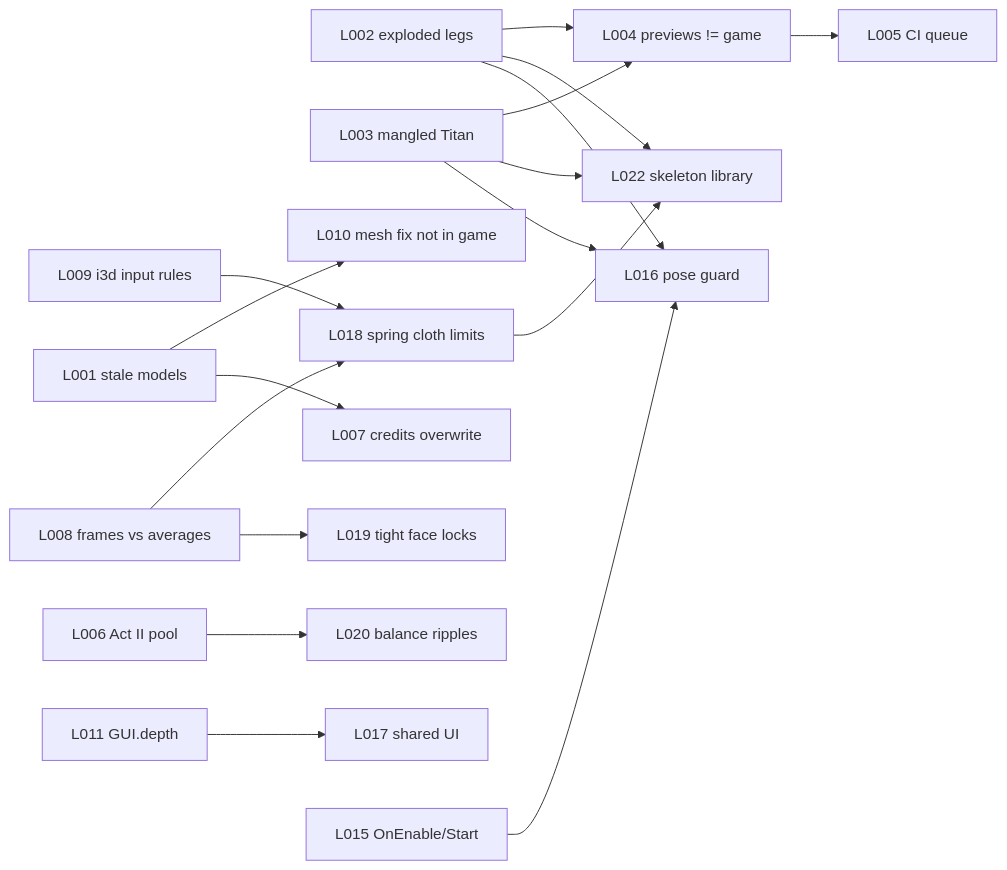
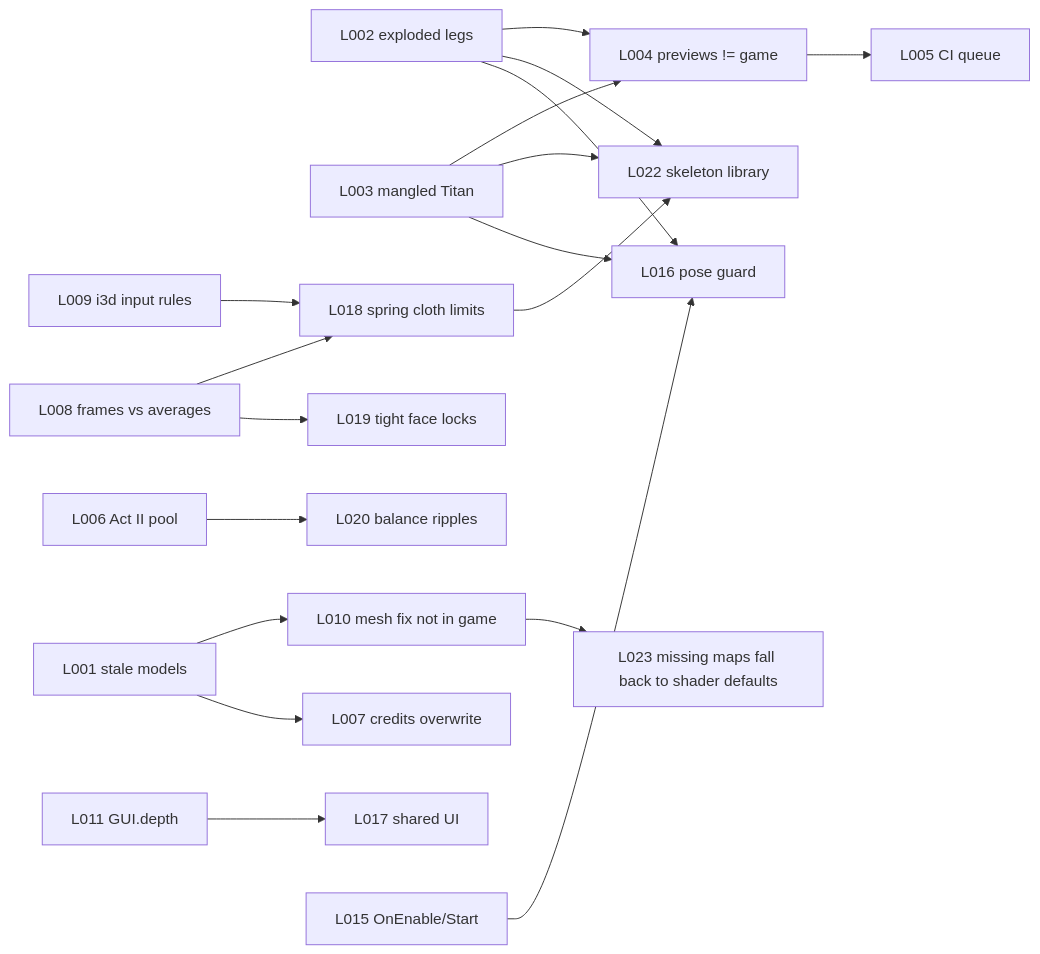
One commit to eqtitan/SigilBound changed the diagram in docs/sigilbound/brain/MAP.md. Above: the diagram before and after it, drawn with Mermaid. The commit also changed other lines of this file and 1 other file, not shown here.

First line of the commit message:
Brain: L010 root cause (missing mask, not islands), L023 shader-default fallback, L018 update

````diff
--- a/docs/sigilbound/brain/MAP.md
+++ b/docs/sigilbound/brain/MAP.md
@@ -28,19 +28,20 @@
 ```mermaid
 graph LR
   L002[L002 exploded legs] --> L016[L016 pose guard]
   L003[L003 mangled Titan] --> L016
   L002 --> L022[L022 skeleton library]
   L003 --> L022
   L018[L018 spring cloth limits] --> L022
   L004[L004 previews != game] --> L005[L005 CI queue]
   L002 --> L004
   L003 --> L004
   L001[L001 stale models] --> L007[L007 credits overwrite]
   L001 --> L010[L010 mesh fix not in game]
+  L010 --> L023[L023 missing maps fall back to shader defaults]
   L006[L006 Act II pool] --> L020[L020 balance ripples]
   L008[L008 frames vs averages] --> L019[L019 tight face locks]
   L008 --> L018
   L009[L009 i3d input rules] --> L018
   L011[L011 GUI.depth] --> L017[L017 shared UI]
   L015[L015 OnEnable/Start] --> L016
 ```
````
